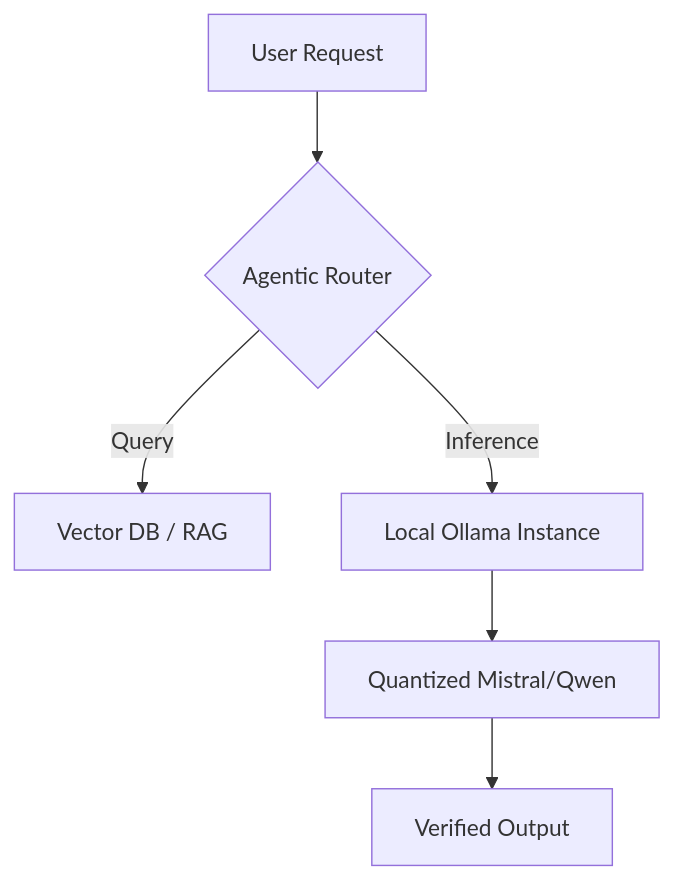
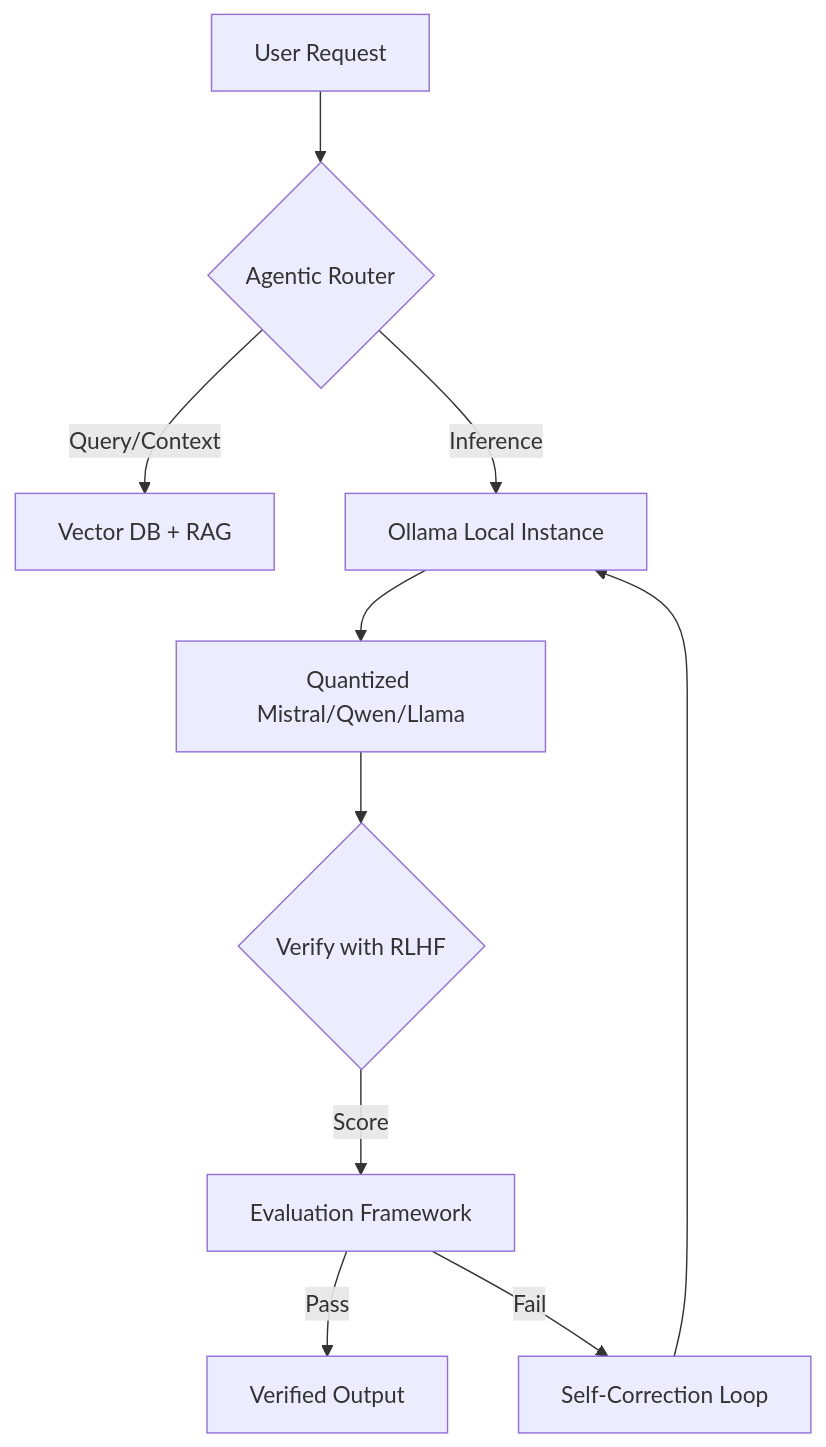
Before and after one commit to 6ooflames/6ooflames: the diagram in README.md, drawn with Mermaid. The commit also changed other lines of this file, not shown here.

````diff
--- a/README.md
+++ b/README.md
@@ -16,8 +91,12 @@
-```mermaid.js
+```mermaid
 graph TD
-  A[User Request] --> B{Agentic Router}
-  B -->|Query| C[Vector DB / RAG]
-  B -->|Inference| D[Local Ollama Instance]
-  D --> E[Quantized Mistral/Qwen]
-  E --> F[Verified Output]
+    A[User Request] --> B{Agentic Router}
+    B -->|Query/Context| C[Vector DB + RAG]
+    B -->|Inference| D[Ollama Local Instance]
+    D --> E[Quantized Mistral/Qwen/Llama]
+    E --> F{Verify with RLHF}
+    F -->|Score| G[Evaluation Framework]
+    G -->|Pass| H[Verified Output]
+    G -->|Fail| I[Self-Correction Loop]
+    I --> D
 ```
````
